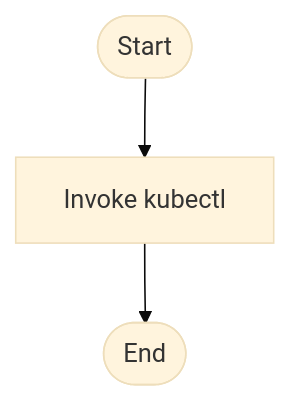
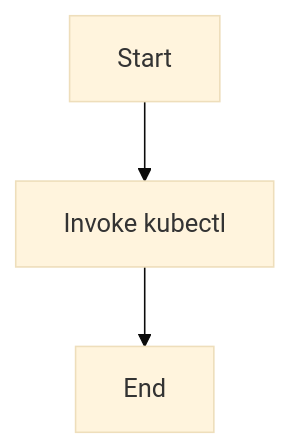
Before and after one commit to JohnAndrewBalbarosa/NeoTerritory: the diagram in docs/Codebase/test.sh.md, drawn with Mermaid (base theme). The commit also changed other lines of this file and 752 other files, not shown here.

````diff
--- a/docs/Codebase/test.sh.md
+++ b/docs/Codebase/test.sh.md
@@ -29,8 +22,8 @@
 ```mermaid
 flowchart TD
-    Start([Start])
-    N0[Invoke kubectl]
-    End([End])
+    Start["Start"]
+    N0["Invoke kubectl"]
+    End["End"]
     Start --> N0
     N0 --> End
 ```
````
